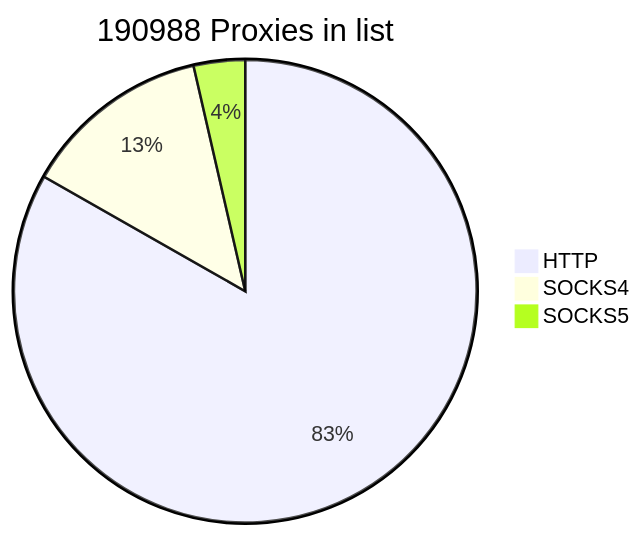
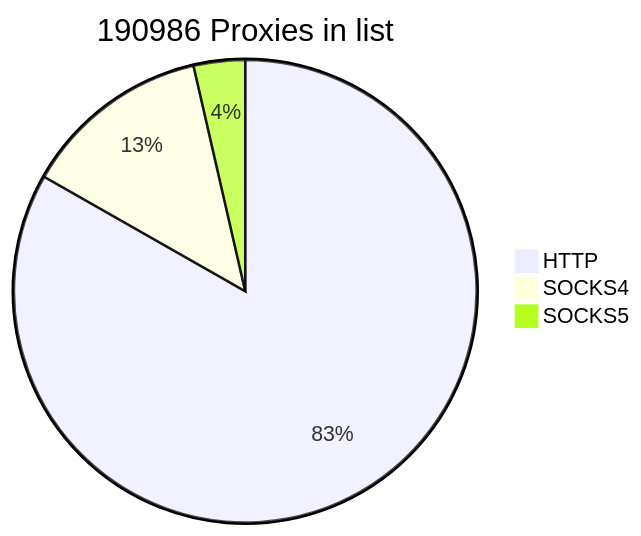
Before and after one commit to cutipu/proxylist: the first of 2 diagrams in README.md, drawn with Mermaid. The commit also changed other lines of this file, not shown here.

````diff
--- a/README.md
+++ b/README.md
@@ -2,7 +2,7 @@
 ```mermaid
-pie title 190988 Proxies in list
+pie title 190986 Proxies in list
     "HTTP" : 158972
-    "SOCKS4" : 25159
+    "SOCKS4" : 25157
     "SOCKS5" : 6857
             
 ```
````
